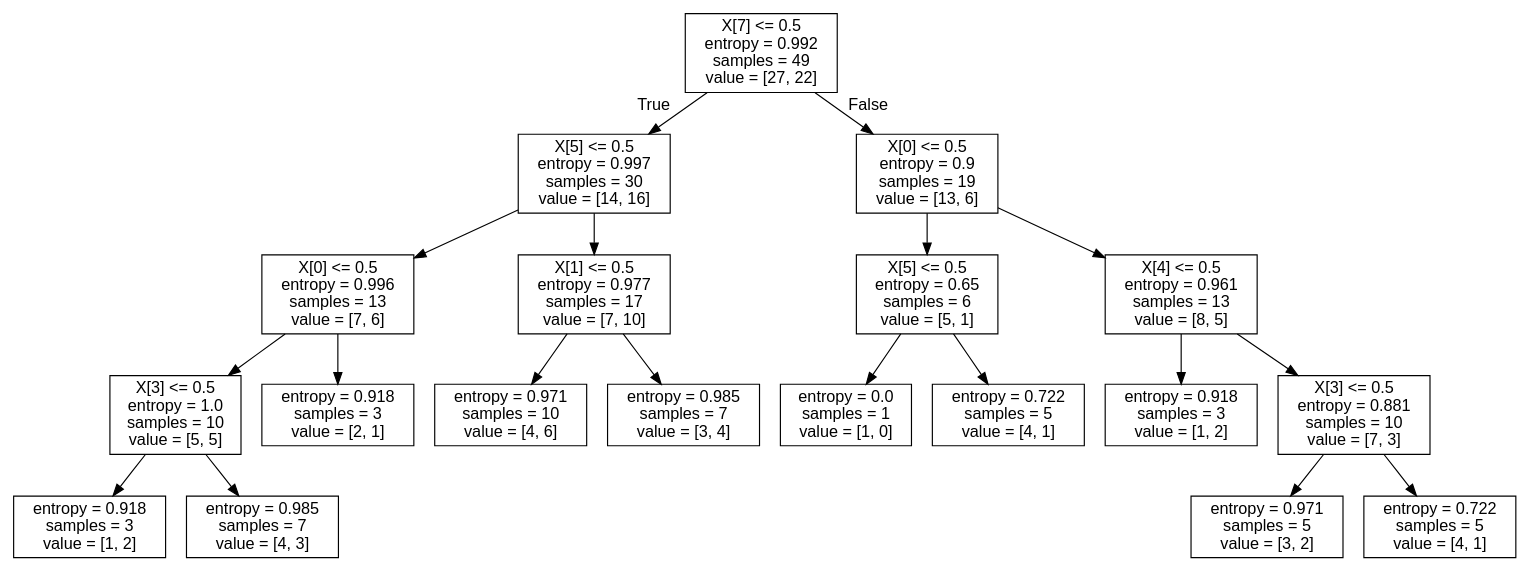
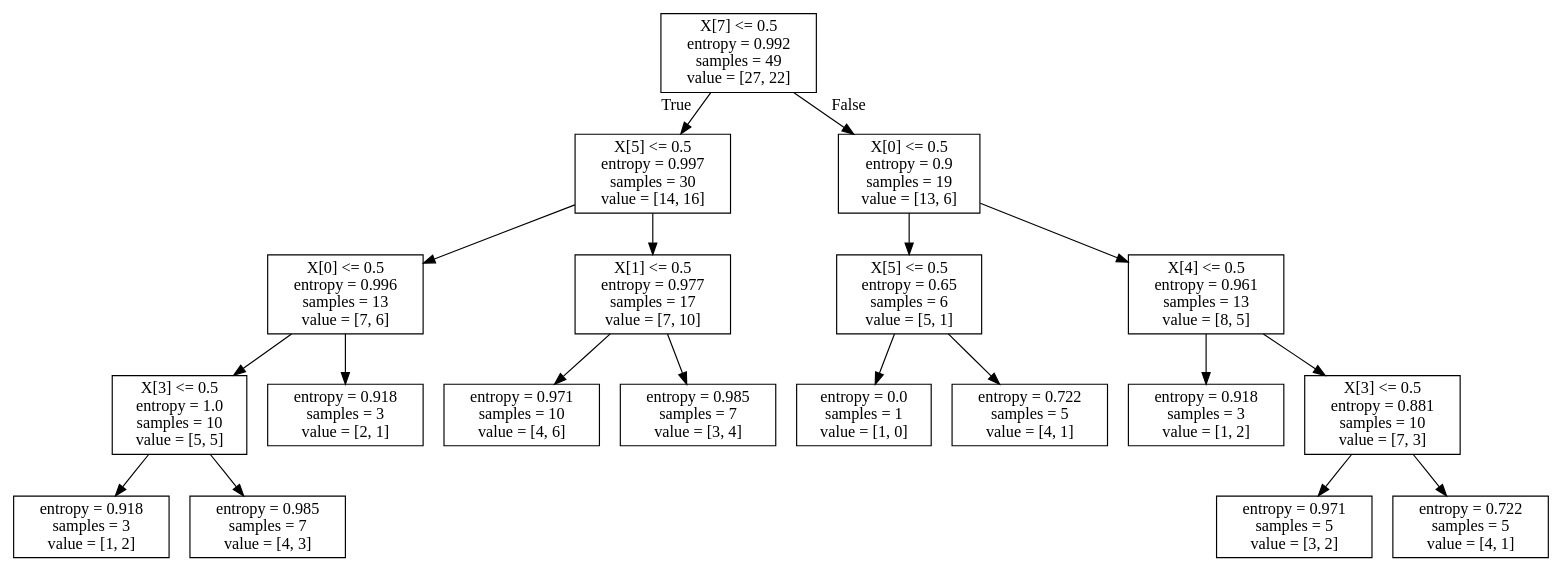
The diagram in tree/treeone.dot (1561365748/milk), drawn with Graphviz before and after one commit. The commit also changed 14 other files, not shown here.

```diff
--- a/tree/treeone.dot
+++ b/tree/treeone.dot
@@ -1,41 +1,40 @@
 digraph Tree {
-node [shape=box, fontname="helvetica"] ;
-edge [fontname="helvetica"] ;
+node [shape=box] ;
 0 [label="X[7] <= 0.5\nentropy = 0.992\nsamples = 49\nvalue = [27, 22]"] ;
 1 [label="X[5] <= 0.5\nentropy = 0.997\nsamples = 30\nvalue = [14, 16]"] ;
 0 -> 1 [labeldistance=2.5, labelangle=45, headlabel="True"] ;
 2 [label="X[0] <= 0.5\nentropy = 0.996\nsamples = 13\nvalue = [7, 6]"] ;
 1 -> 2 ;
 3 [label="X[3] <= 0.5\nentropy = 1.0\nsamples = 10\nvalue = [5, 5]"] ;
 2 -> 3 ;
 4 [label="entropy = 0.918\nsamples = 3\nvalue = [1, 2]"] ;
 3 -> 4 ;
 5 [label="entropy = 0.985\nsamples = 7\nvalue = [4, 3]"] ;
 3 -> 5 ;
 6 [label="entropy = 0.918\nsamples = 3\nvalue = [2, 1]"] ;
 2 -> 6 ;
 7 [label="X[1] <= 0.5\nentropy = 0.977\nsamples = 17\nvalue = [7, 10]"] ;
 1 -> 7 ;
 8 [label="entropy = 0.971\nsamples = 10\nvalue = [4, 6]"] ;
 7 -> 8 ;
 9 [label="entropy = 0.985\nsamples = 7\nvalue = [3, 4]"] ;
 7 -> 9 ;
 10 [label="X[0] <= 0.5\nentropy = 0.9\nsamples = 19\nvalue = [13, 6]"] ;
 0 -> 10 [labeldistance=2.5, labelangle=-45, headlabel="False"] ;
 11 [label="X[5] <= 0.5\nentropy = 0.65\nsamples = 6\nvalue = [5, 1]"] ;
 10 -> 11 ;
 12 [label="entropy = 0.0\nsamples = 1\nvalue = [1, 0]"] ;
 11 -> 12 ;
 13 [label="entropy = 0.722\nsamples = 5\nvalue = [4, 1]"] ;
 11 -> 13 ;
 14 [label="X[4] <= 0.5\nentropy = 0.961\nsamples = 13\nvalue = [8, 5]"] ;
 10 -> 14 ;
 15 [label="entropy = 0.918\nsamples = 3\nvalue = [1, 2]"] ;
 14 -> 15 ;
 16 [label="X[3] <= 0.5\nentropy = 0.881\nsamples = 10\nvalue = [7, 3]"] ;
 14 -> 16 ;
 17 [label="entropy = 0.971\nsamples = 5\nvalue = [3, 2]"] ;
 16 -> 17 ;
 18 [label="entropy = 0.722\nsamples = 5\nvalue = [4, 1]"] ;
 16 -> 18 ;
 }
```
